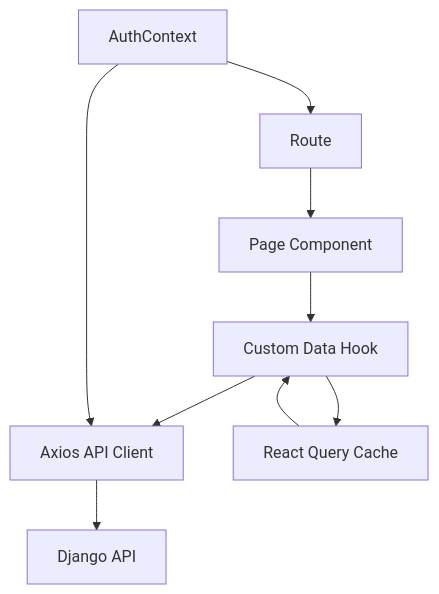
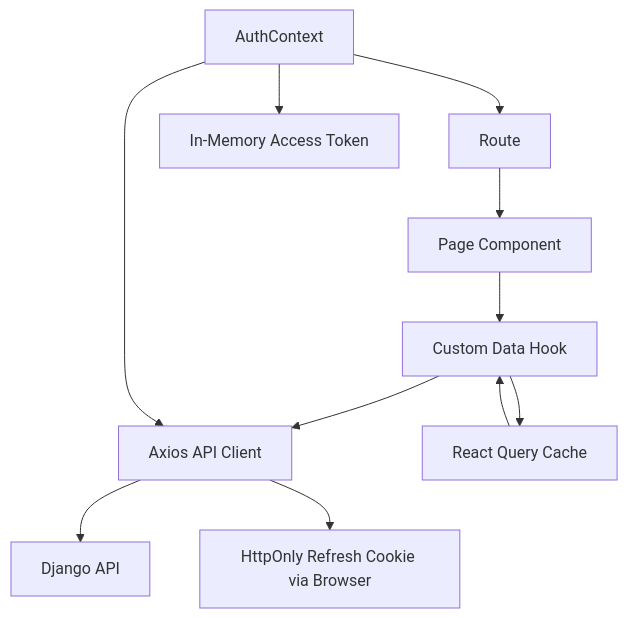
Before and after one commit to avocadoise/EnvergaArena: the diagram in architecture/03-frontend-architecture.md, drawn with Mermaid. The commit also changed other lines of this file, not shown here.

Commit message:
feat: update frontend architecture documentation with enhanced stack details, routing models, and authentication flow

````diff
--- a/architecture/03-frontend-architecture.md
+++ b/architecture/03-frontend-architecture.md
@@ -151,13 +246,15 @@
 ```mermaid
 flowchart TD
     A[Route] --> B[Page Component]
     B --> C[Custom Data Hook]
     C --> D[Axios API Client]
     D --> E[Django API]
 
     F[AuthContext] --> A
     F --> D
+    F --> G[In-Memory Access Token]
+    D --> H[HttpOnly Refresh Cookie via Browser]
 
-    G[React Query Cache] --> C
-    C --> G
+    I[React Query Cache] --> C
+    C --> I
 ```
````
